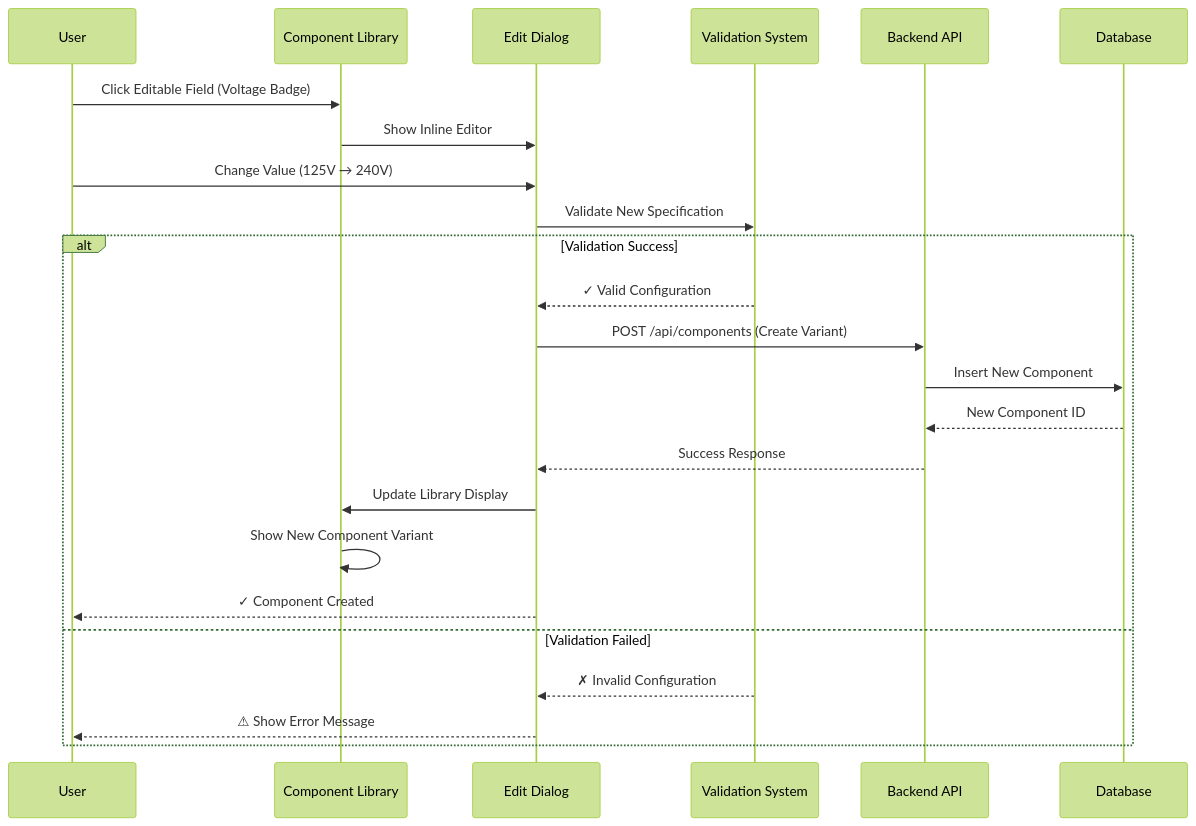
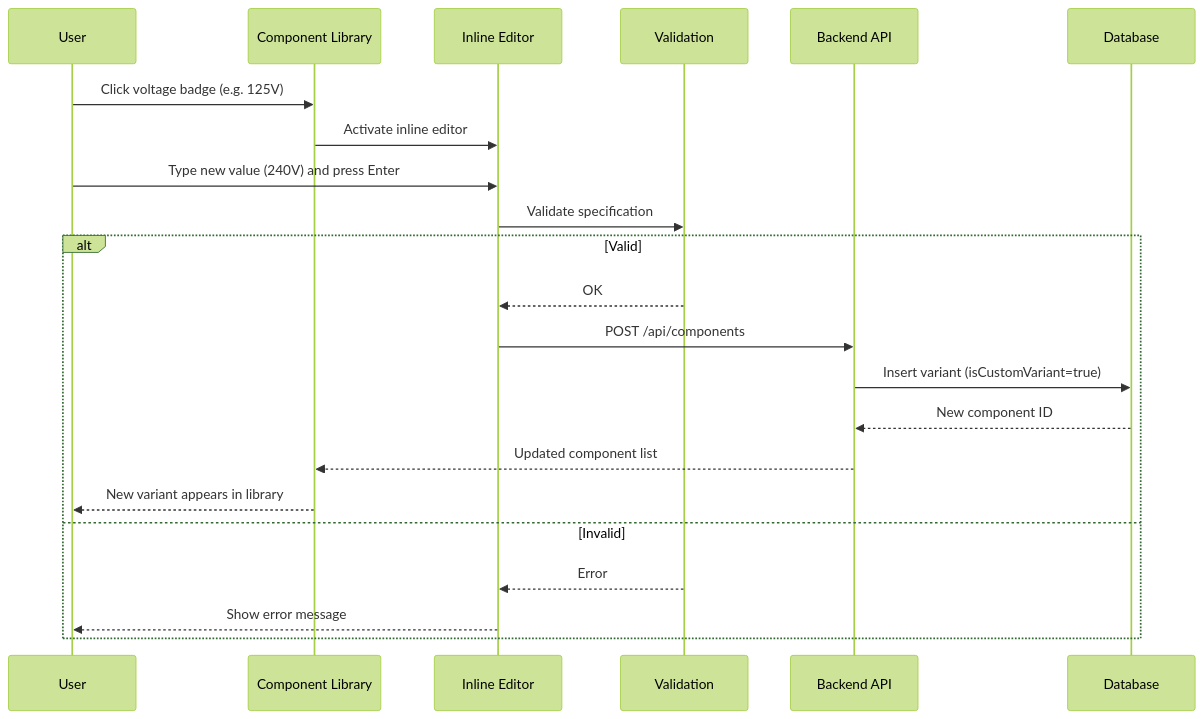
Before and after one commit to CSchotborgh/PowerWhipConfig: the second of 6 diagrams in README.md, drawn with Mermaid (forest theme). The commit also changed other lines of this file and 1 other file, not shown here.

First line of the commit message:
docs(readme): comprehensive README rewrite for Power Whip Configuration Tool

````diff
--- a/README.md
+++ b/README.md
@@ -236,28 +123,26 @@
 ```mermaid
 sequenceDiagram
     participant U as User
     participant CL as Component Library
-    participant ED as Edit Dialog
-    participant VS as Validation System
+    participant ED as Inline Editor
+    participant VS as Validation
     participant API as Backend API
     participant DB as Database
-    
-    U->>CL: Click Editable Field (Voltage Badge)
-    CL->>ED: Show Inline Editor
-    U->>ED: Change Value (125V → 240V)
-    ED->>VS: Validate New Specification
-    
-    alt Validation Success
-        VS-->>ED: ✓ Valid Configuration
-        ED->>API: POST /api/components (Create Variant)
-        API->>DB: Insert New Component
-        DB-->>API: New Component ID
-        API-->>ED: Success Response
-        ED->>CL: Update Library Display
-        CL->>CL: Show New Component Variant
-        ED-->>U: ✓ Component Created
-    else Validation Failed  
-        VS-->>ED: ✗ Invalid Configuration
-        ED-->>U: ⚠ Show Error Message
+
+    U->>CL: Click voltage badge (e.g. 125V)
+    CL->>ED: Activate inline editor
+    U->>ED: Type new value (240V) and press Enter
+    ED->>VS: Validate specification
+
+    alt Valid
+        VS-->>ED: OK
+        ED->>API: POST /api/components
+        API->>DB: Insert variant (isCustomVariant=true)
+        DB-->>API: New component ID
+        API-->>CL: Updated component list
+        CL-->>U: New variant appears in library
+    else Invalid
+        VS-->>ED: Error
+        ED-->>U: Show error message
     end
 ```
````
